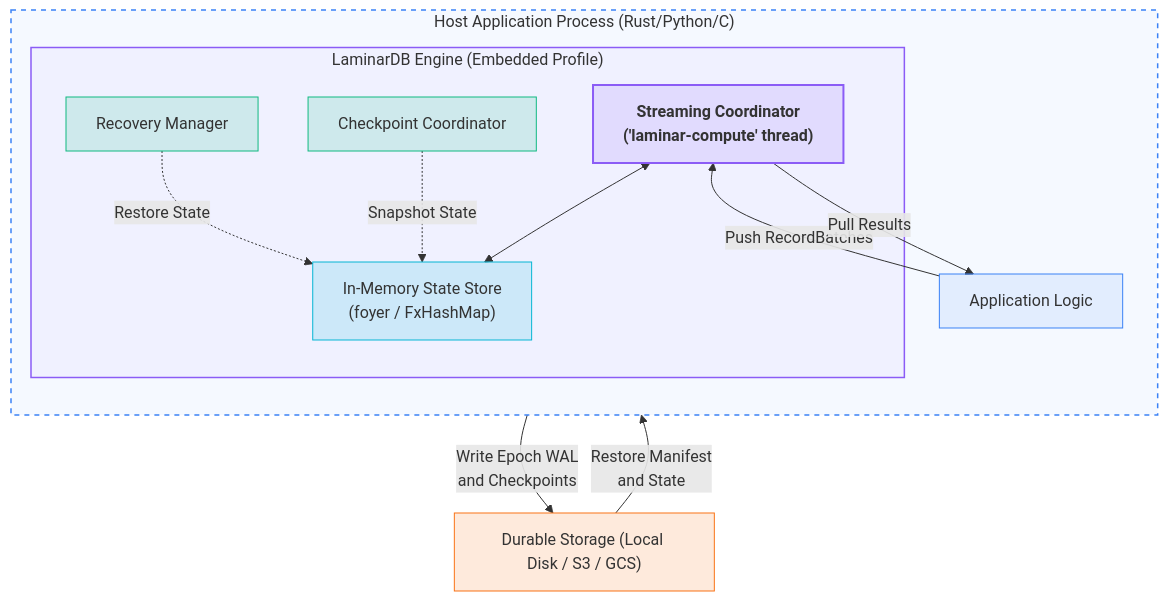
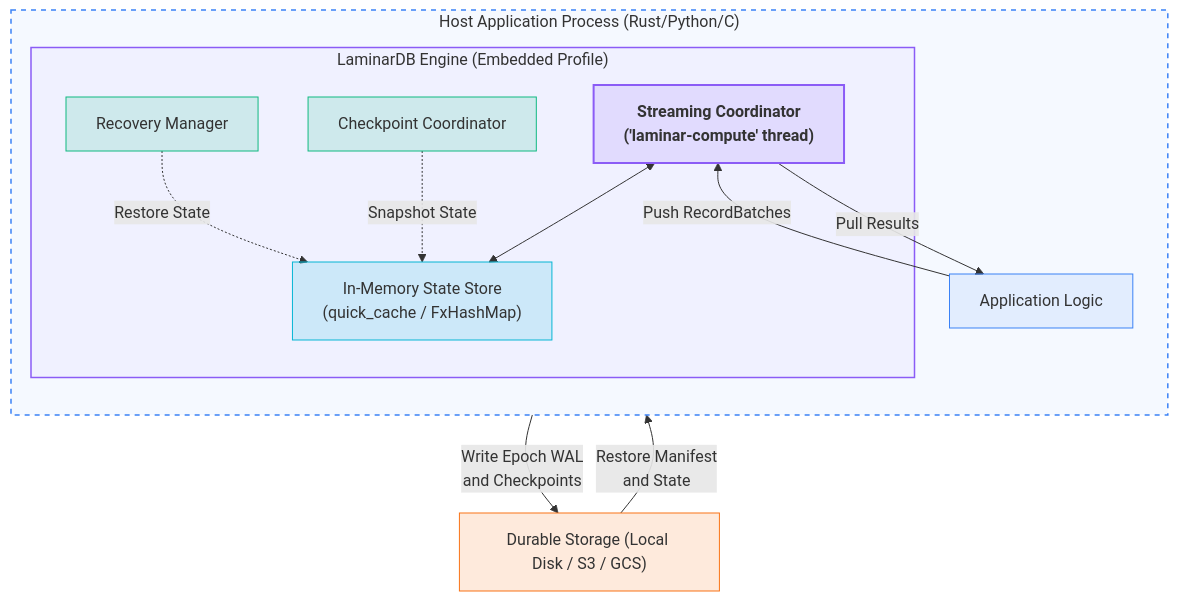
Before and after one commit to laminardb/laminardb: the second of 5 diagrams in README.md, drawn with Mermaid. The commit also changed other lines of this file and 22 other files, not shown here.

First line of the commit message:
refactor: replace foyer with quick_cache  (#425)

````diff
--- a/README.md
+++ b/README.md
@@ -483,30 +483,30 @@
 ```mermaid
 graph TD
     classDef appClass fill:#3b82f6,fill-opacity:0.1,stroke:#3b82f6,stroke-width:1px;
     classDef coordClass fill:#8b5cf6,fill-opacity:0.15,stroke:#8b5cf6,stroke-width:2px,font-weight:bold;
     classDef stateClass fill:#06b6d4,fill-opacity:0.15,stroke:#06b6d4,stroke-width:1px;
     classDef recoveryClass fill:#10b981,fill-opacity:0.15,stroke:#10b981,stroke-width:1px;
     classDef storageClass fill:#f97316,fill-opacity:0.15,stroke:#f97316,stroke-width:1px;
 
     subgraph HostApp["Host Application Process (Rust/Python/C)"]
         direction TB
         App["Application Logic"]:::appClass
         subgraph Engine["LaminarDB Engine (Embedded Profile)"]
             Coord["Streaming Coordinator<br/>('laminar-compute' thread)"]:::coordClass
-            InMemState["In-Memory State Store<br/>(foyer / FxHashMap)"]:::stateClass
+            InMemState["In-Memory State Store<br/>(quick_cache / FxHashMap)"]:::stateClass
             Checkpoint["Checkpoint Coordinator"]:::recoveryClass
             Recovery["Recovery Manager"]:::recoveryClass
             
             Coord <--> InMemState
             Checkpoint -.->|"Snapshot State"| InMemState
             Recovery -.->|"Restore State"| InMemState
         end
         App -->|"Push RecordBatches"| Coord
         Coord -->|"Pull Results"| App
     end
     Checkpoint -->|"Write Epoch WAL<br/>and Checkpoints"| Storage["Durable Storage (Local Disk / S3 / GCS)"]:::storageClass
     Storage -->|"Restore Manifest<br/>and State"| Recovery
     
     style HostApp fill:#3b82f6,fill-opacity:0.05,stroke:#3b82f6,stroke-width:1.5px,stroke-dasharray: 5 5
     style Engine fill:#8b5cf6,fill-opacity:0.05,stroke:#8b5cf6,stroke-width:1.5px
 ```
````
